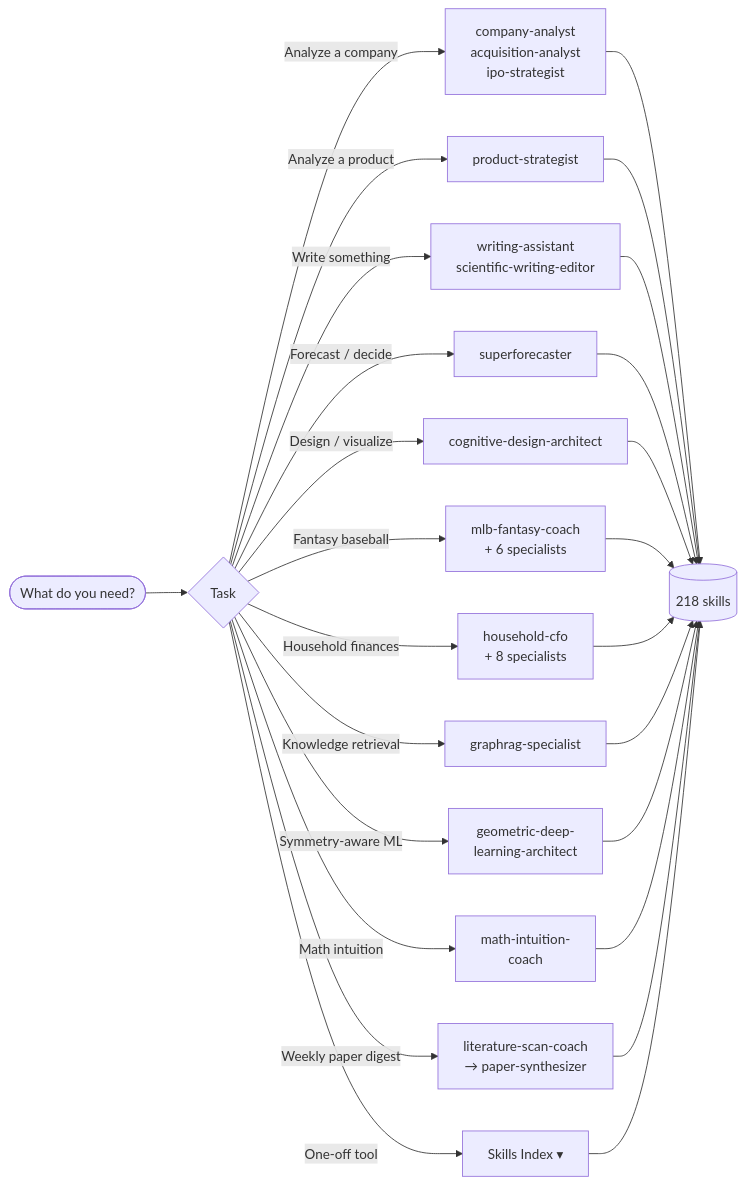
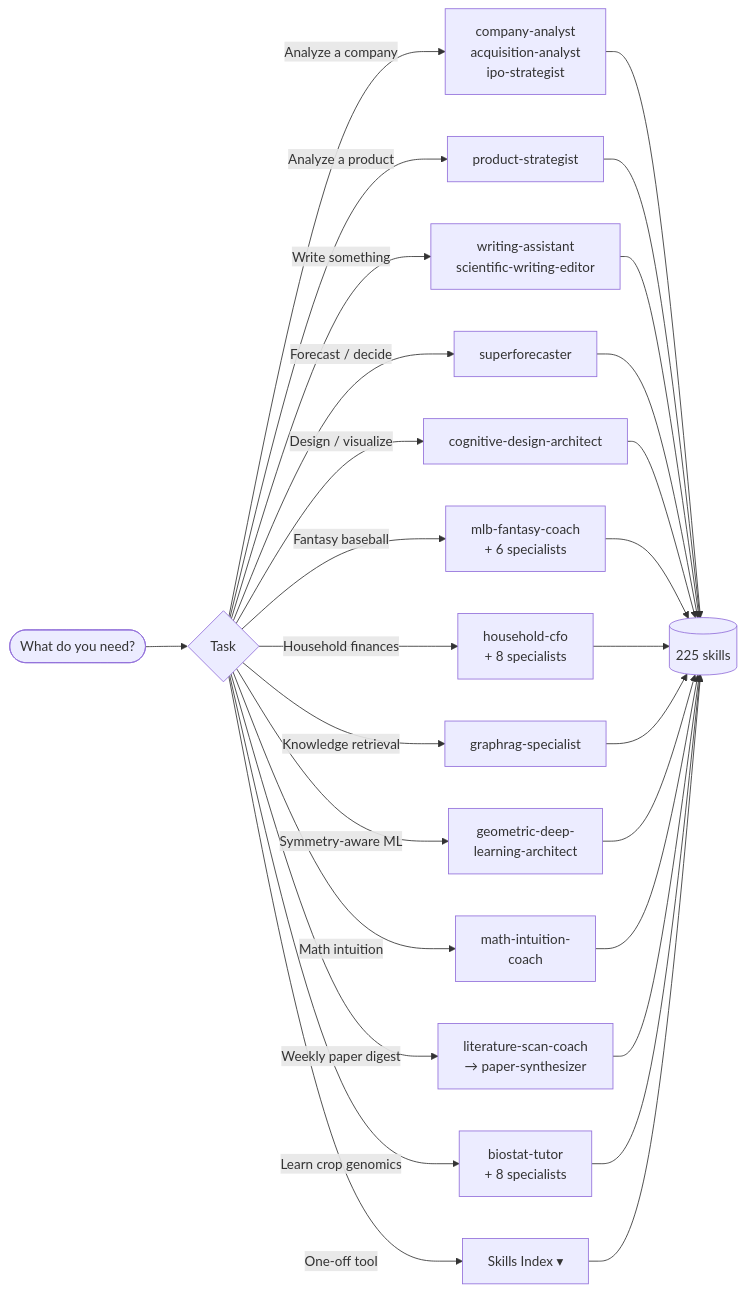
One commit to lyndonkl/claude changed the diagram in README.md. Above: the diagram before and after it, drawn with Mermaid. The commit also changed other lines of this file, not shown here.

First line of the commit message:
README: catalog the learnbiostats Learning Studio (225 skills / 52 agents)

````diff
--- a/README.md
+++ b/README.md
@@ -43,18 +44,19 @@
 ```mermaid
 flowchart LR
     U([What do you need?]) --> D{Task}
     D -->|Analyze a company| CA[company-analyst<br/>acquisition-analyst<br/>ipo-strategist]
     D -->|Analyze a product| PS[product-strategist]
     D -->|Write something| WA[writing-assistant<br/>scientific-writing-editor]
     D -->|Forecast / decide| SF[superforecaster]
     D -->|Design / visualize| CD[cognitive-design-architect]
     D -->|Fantasy baseball| MLB[mlb-fantasy-coach<br/>+ 6 specialists]
     D -->|Household finances| HF[household-cfo<br/>+ 8 specialists]
     D -->|Knowledge retrieval| GR[graphrag-specialist]
     D -->|Symmetry-aware ML| GDL[geometric-deep-<br/>learning-architect]
     D -->|Math intuition| MI[math-intuition-<br/>coach]
     D -->|Weekly paper digest| LSC[literature-scan-coach<br/>→ paper-synthesizer]
+    D -->|Learn crop genomics| BIO[biostat-tutor<br/>+ 8 specialists]
     D -->|One-off tool| SK[Skills Index ▾]
-    CA & PS & WA & SF & CD & MLB & HF & GR & GDL & MI & LSC --> S[(218 skills)]
+    CA & PS & WA & SF & CD & MLB & HF & GR & GDL & MI & LSC & BIO --> S[(225 skills)]
     SK --> S
 ```
````
